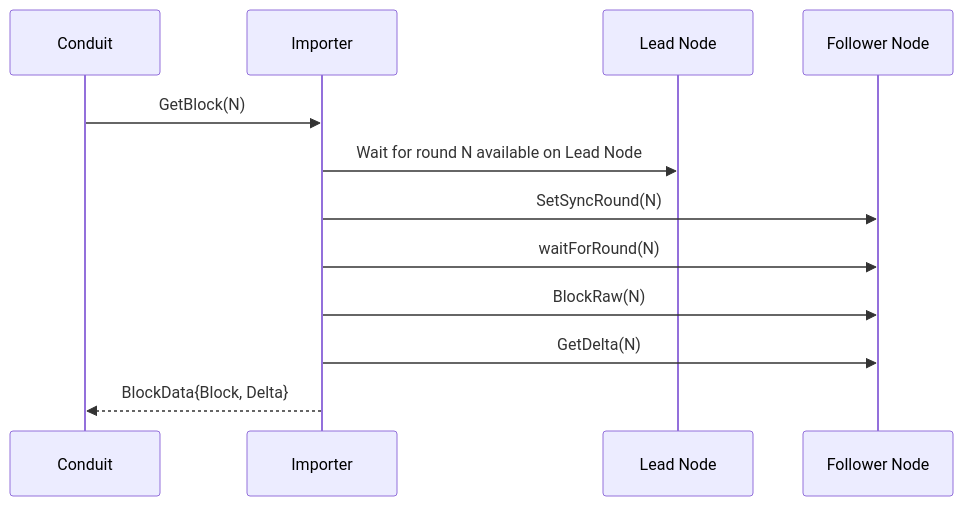
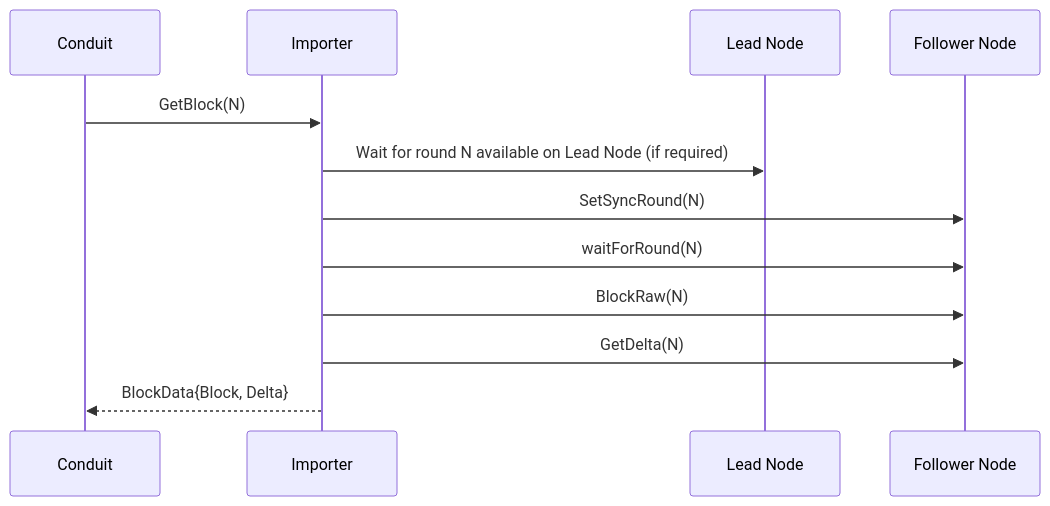
Before and after one commit to algorandfoundation/algokit-conduit-localnet-importer: the first of 2 diagrams in README.md, drawn with Mermaid. The commit also changed other lines of this file, not shown here.

First line of the commit message:
nit: fixing sequence diagram

````diff
--- a/README.md
+++ b/README.md
@@ -18,15 +18,15 @@
 ```mermaid
 sequenceDiagram
     participant C as Conduit
     participant I as Importer
     participant L as Lead Node
     participant F as Follower Node
 
     C->>I: GetBlock(N)
-    I->>L: Wait for round N available on Lead Node
+    I->>L: Wait for round N available on Lead Node (if required)
     I->>F: SetSyncRound(N)
     I->>F: waitForRound(N)
     I->>F: BlockRaw(N)
     I->>F: GetDelta(N)
     I-->>C: BlockData{Block, Delta}
 ```
````
